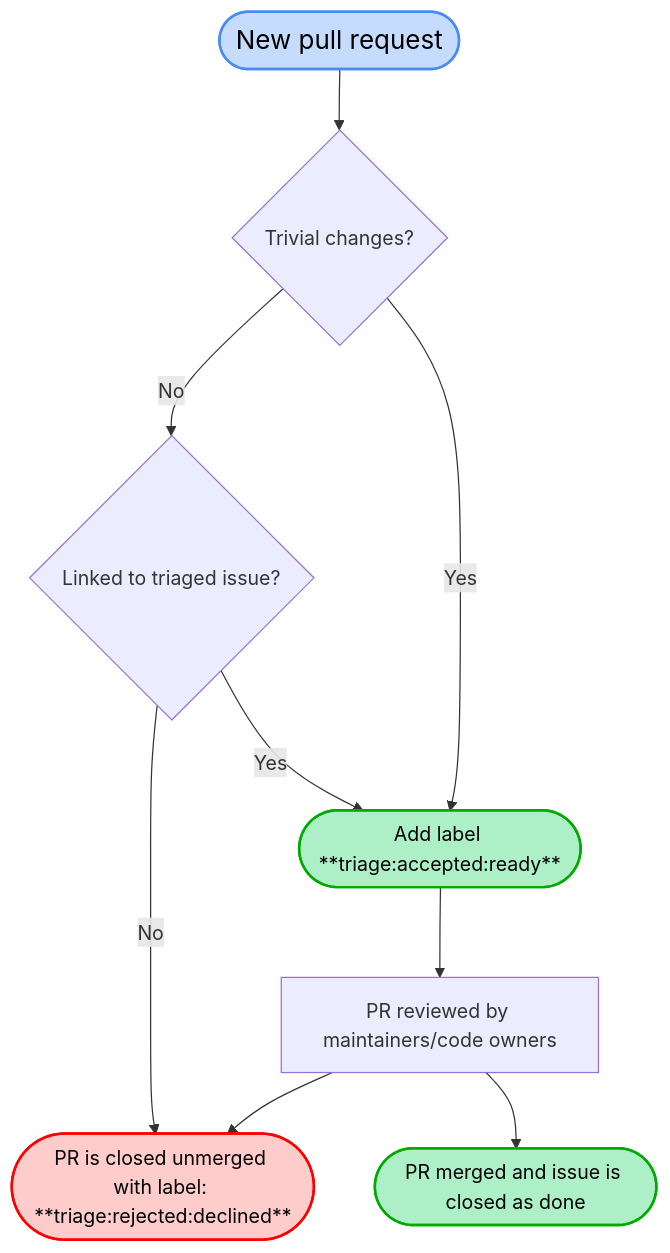
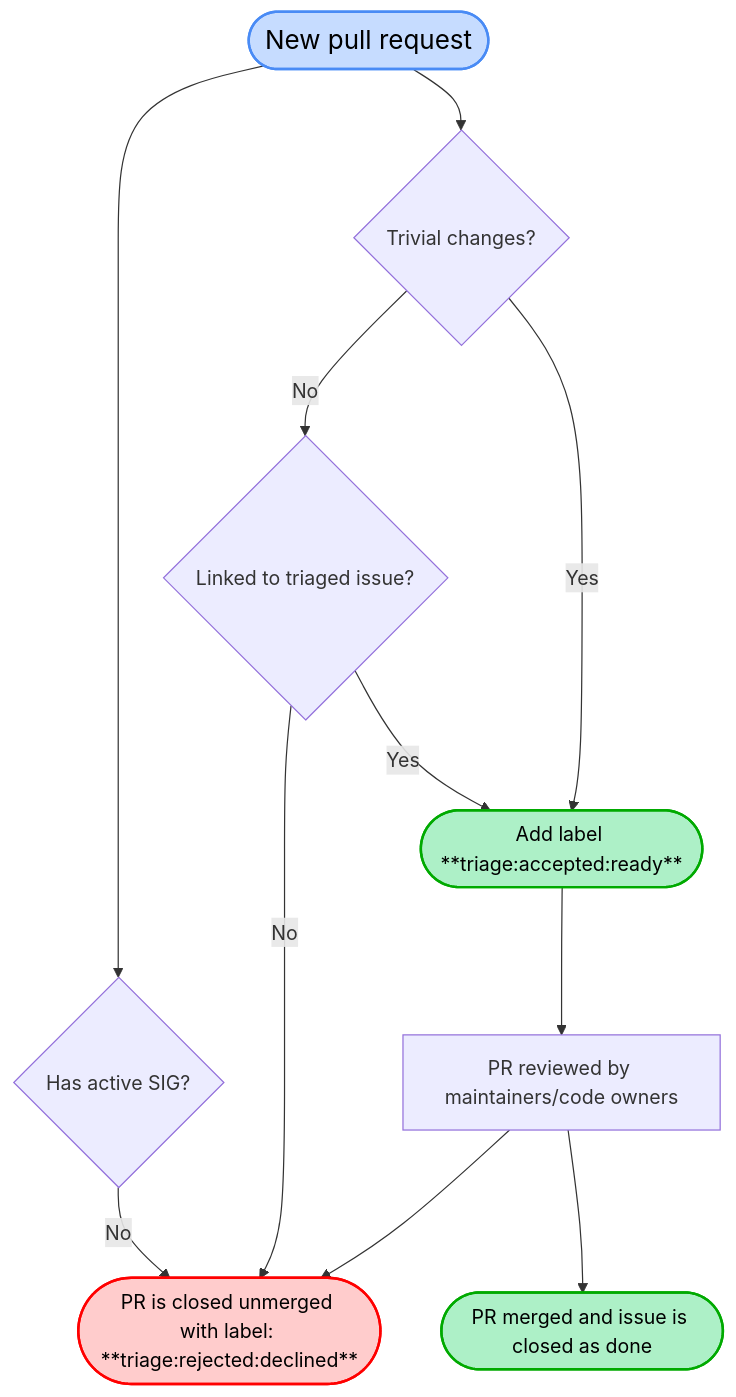
Before and after one commit to open-telemetry/semantic-conventions: the second of 2 diagrams in issue-management.md, drawn with Mermaid. The commit also changed other lines of this file and 6 other files, not shown here.

Commit message:
Add automation to flag PRs on areas without an active SIG/project (#2835)

````diff
--- a/issue-management.md
+++ b/issue-management.md
@@ -127,23 +146,25 @@
 ```mermaid
 flowchart TD
     START(["New pull request"]) -->IS_TRIVIAL{"Trivial changes?"}
+    START -->HAS_ACTIVE_SIG{"Has active SIG?"}
+    HAS_ACTIVE_SIG --> |No| L_END_DECLINED
     IS_TRIVIAL -->|No| HAS_LINKED_ISSUE{"Linked to triaged issue?"}
-    IS_TRIVIAL -->|Yes| L_END_ACCEPTED
     HAS_LINKED_ISSUE -->|No| L_END_DECLINED(["PR is closed unmerged with label: **triage:rejected:declined**"])
     HAS_LINKED_ISSUE -->|Yes| L_END_ACCEPTED
     L_END_ACCEPTED --> PR_REVIEW["PR reviewed by maintainers/code owners"]
     PR_REVIEW --> L_END_DECLINED
     PR_REVIEW --> PR_MERGED(["PR merged and issue is closed as done"])
     L_END_ACCEPTED(["Add label **triage:accepted:ready**"])
+    IS_TRIVIAL -->|Yes| L_END_ACCEPTED
 
     %% Define Classes
     classDef styleStart fill:#c6dcff,stroke:#498bf5,stroke-width:2px,color:#000,font-size:1.1em;
     classDef styleRejected fill:#FFCCCC,stroke:#FF0000,stroke-width:2px,color:#000;
     classDef styleAccepted fill:#adf0c7,stroke:#00AA00,stroke-width:2px,color:#000;
     classDef styleLabel fill:#fff6b6,stroke:#bfad2c,stroke-width:2px,color:#000;
 
     %% Assign Classes to Nodes
     class START styleStart;
     class L_END_DECLINED styleRejected;
     class L_END_ACCEPTED,PR_MERGED styleAccepted;
 ```
````
